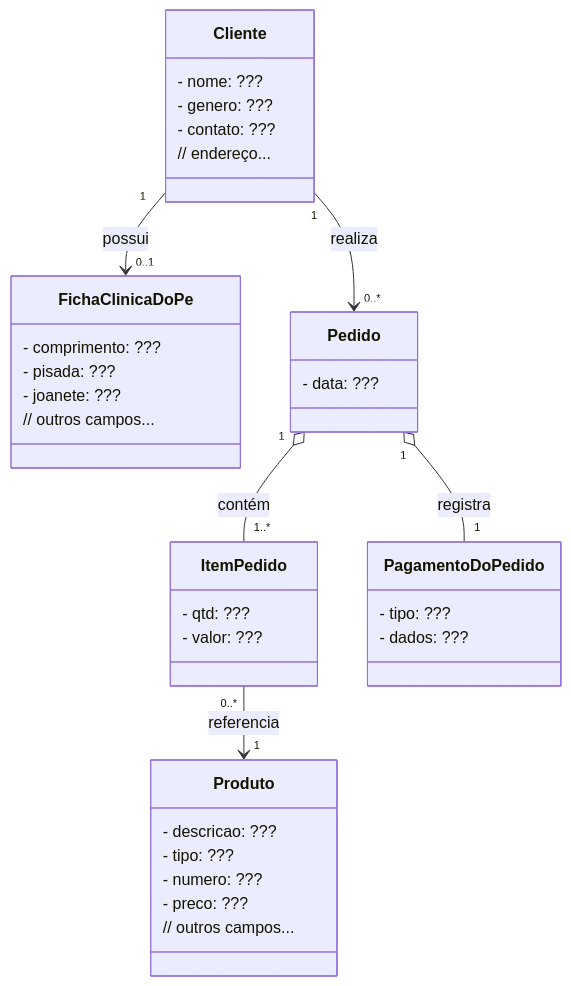
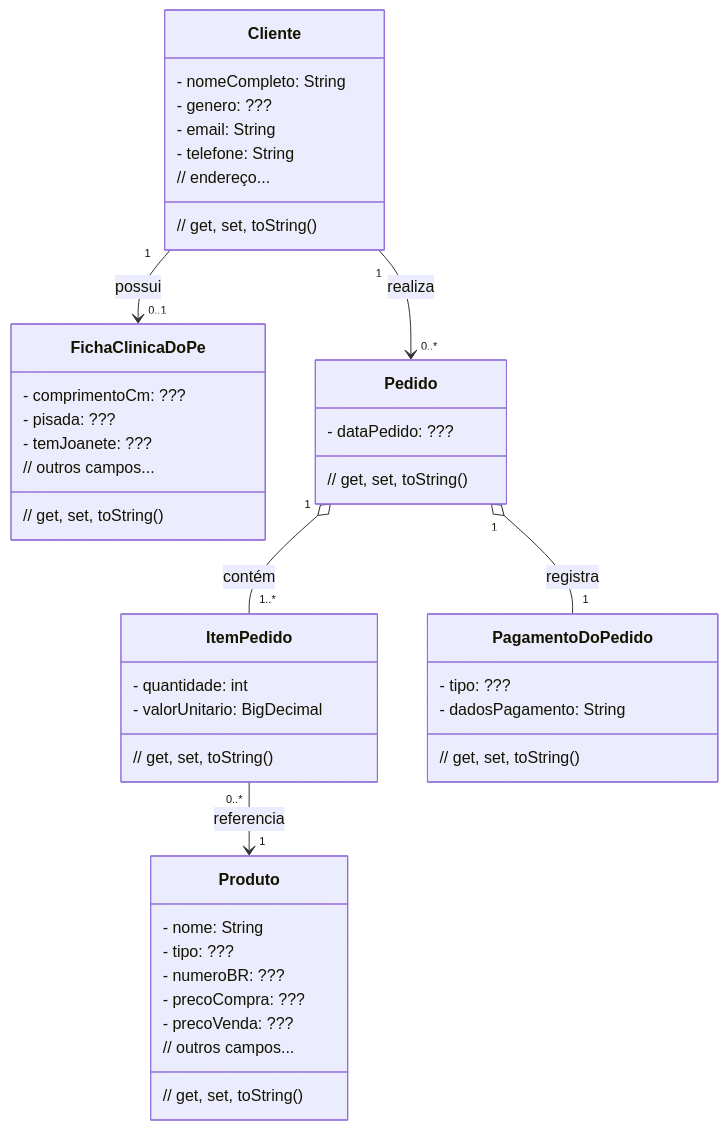
One commit to pwebufersa/pweb_2026.2_xicoArruda changed the diagram in unidade2/projetoDaDisciplina-pweb2026.2/ProjetoProgWeb-2026.2.md. Above: the diagram before and after it, drawn with Mermaid.

````diff
--- a/unidade2/projetoDaDisciplina-pweb2026.2/ProjetoProgWeb-2026.2.md
+++ b/unidade2/projetoDaDisciplina-pweb2026.2/ProjetoProgWeb-2026.2.md
@@ -135,44 +135,52 @@
 ```mermaid
 classDiagram
     class Cliente {
-        - nome: ???
+        - nomeCompleto: String
         - genero: ???
-        - contato: ???
+        - email: String
+        - telefone: String
         // endereço...
+        // get, set, toString()
     }
 
     class FichaClinicaDoPe {
-        - comprimento: ???
+        - comprimentoCm: ???
         - pisada: ???
-        - joanete: ???
+        - temJoanete: ???
         // outros campos...
+        // get, set, toString()
     }
 
     class Produto {
-        - descricao: ???
+        - nome: String
         - tipo: ???
-        - numero: ???
-        - preco: ???
+        - numeroBR: ???
+        - precoCompra: ???
+        - precoVenda: ???
         // outros campos...
+        // get, set, toString()
     }
 
     class Pedido {
-        - data: ???
+        - dataPedido: ???
+        // get, set, toString()
     }
 
     class ItemPedido {
-        - qtd: ???
-        - valor: ???
+        - quantidade: int
+        - valorUnitario: BigDecimal
+        // get, set, toString()
     }
 
     class PagamentoDoPedido {
         - tipo: ???
-        - dados: ???
+        - dadosPagamento: String
+        // get, set, toString()
     }
 
     Cliente "1" --> "0..1" FichaClinicaDoPe : possui
     Cliente "1" --> "0..*" Pedido : realiza
     Pedido "1" o-- "1..*" ItemPedido : contém
     Pedido "1" o-- "1" PagamentoDoPedido : registra
     ItemPedido "0..*" --> "1" Produto : referencia
 ```
````
